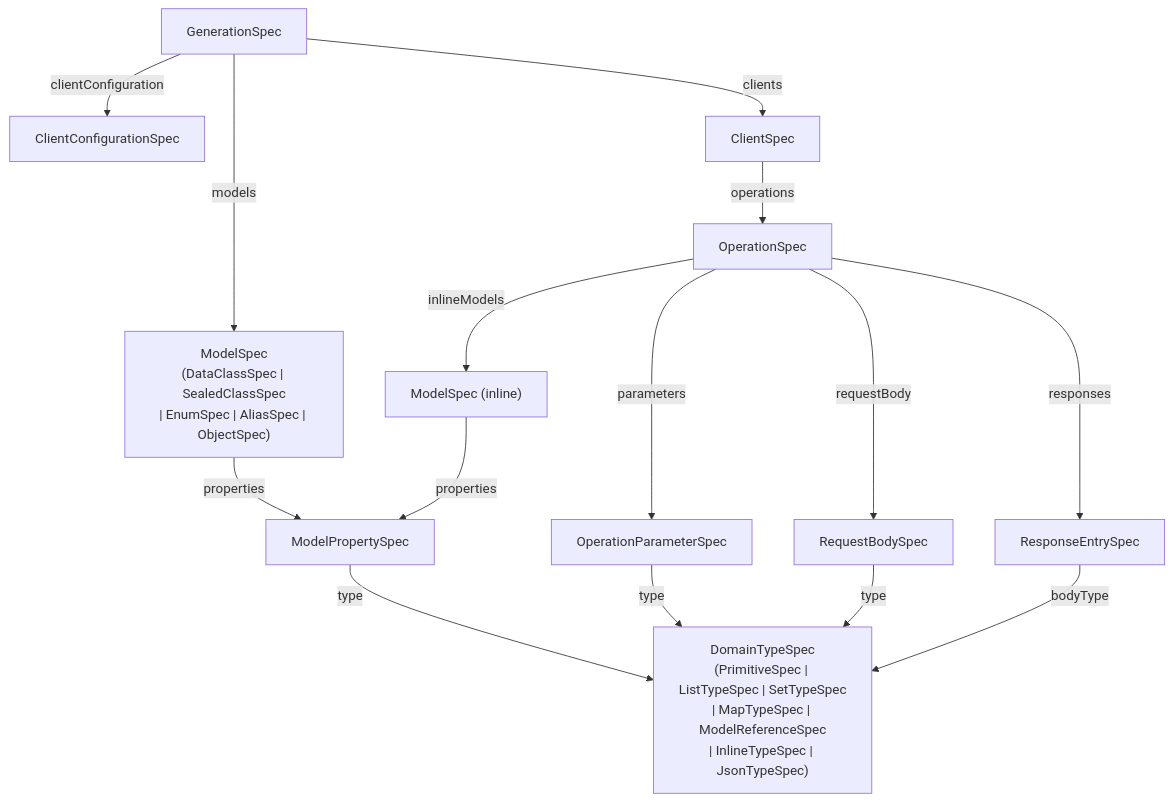
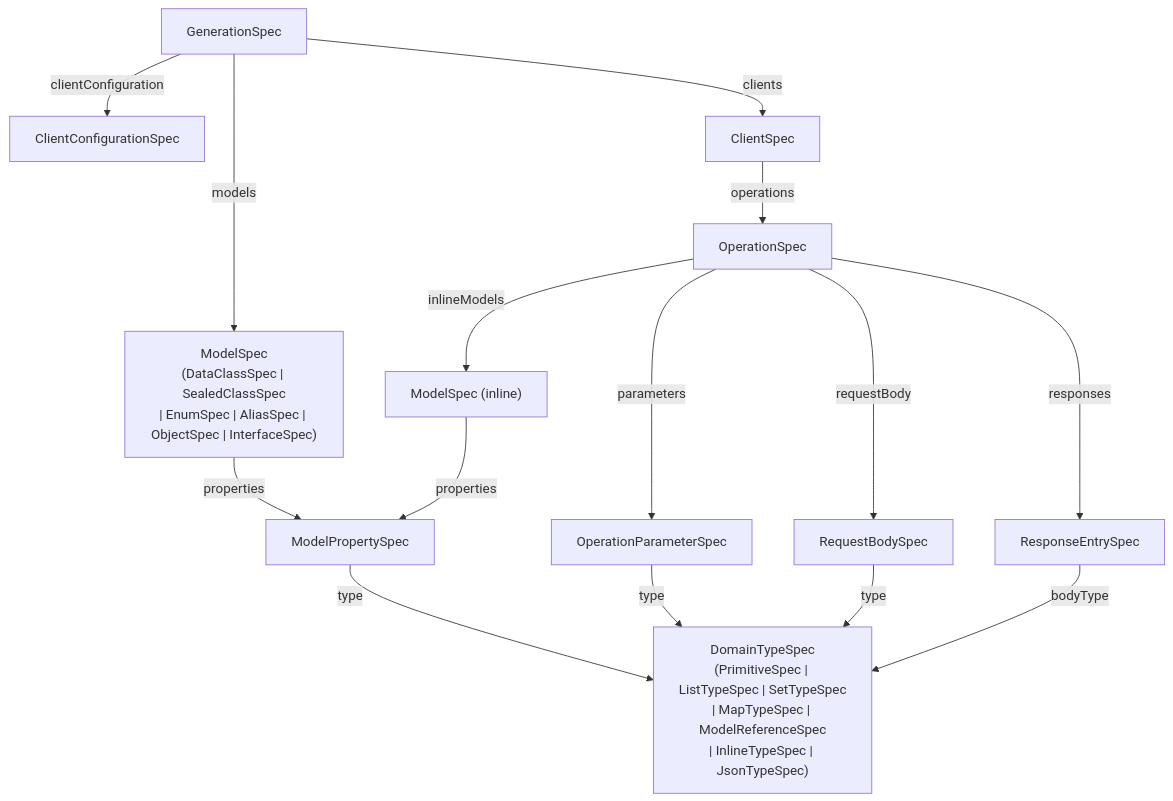
The third of 3 diagrams in AI_CONTEXT.md (Litote/openapi-ktor-client-generator), drawn with Mermaid before and after one commit. The commit also changed other lines of this file and 11 other files, not shown here.

````diff
--- a/AI_CONTEXT.md
+++ b/AI_CONTEXT.md
@@ -375,29 +375,29 @@
 ```mermaid
 graph TD
     GS["GenerationSpec"]
     CC["ClientConfigurationSpec"]
     CS["ClientSpec"]
     OS["OperationSpec"]
     OP["OperationParameterSpec"]
     RB["RequestBodySpec"]
     RE["ResponseEntrySpec"]
     IL["ModelSpec (inline)"]
-    MS["ModelSpec\n(DataClassSpec | SealedClassSpec\n| EnumSpec | AliasSpec | ObjectSpec)"]
+    MS["ModelSpec\n(DataClassSpec | SealedClassSpec\n| EnumSpec | AliasSpec | ObjectSpec | InterfaceSpec)"]
     MP["ModelPropertySpec"]
     DT["DomainTypeSpec\n(PrimitiveSpec | ListTypeSpec | SetTypeSpec\n| MapTypeSpec | ModelReferenceSpec\n| InlineTypeSpec | JsonTypeSpec)"]
 
     GS -->|clientConfiguration| CC
     GS -->|clients| CS
     GS -->|models| MS
     CS -->|operations| OS
     OS -->|parameters| OP
     OS -->|requestBody| RB
     OS -->|responses| RE
     OS -->|inlineModels| IL
     MS -->|properties| MP
     IL -->|properties| MP
     MP -->|type| DT
     OP -->|type| DT
     RB -->|type| DT
     RE -->|bodyType| DT
 ```
````
